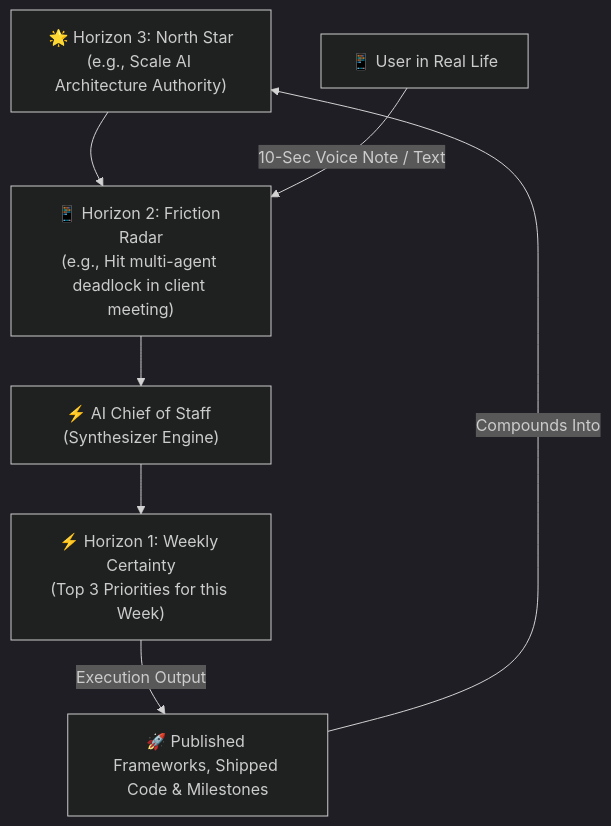
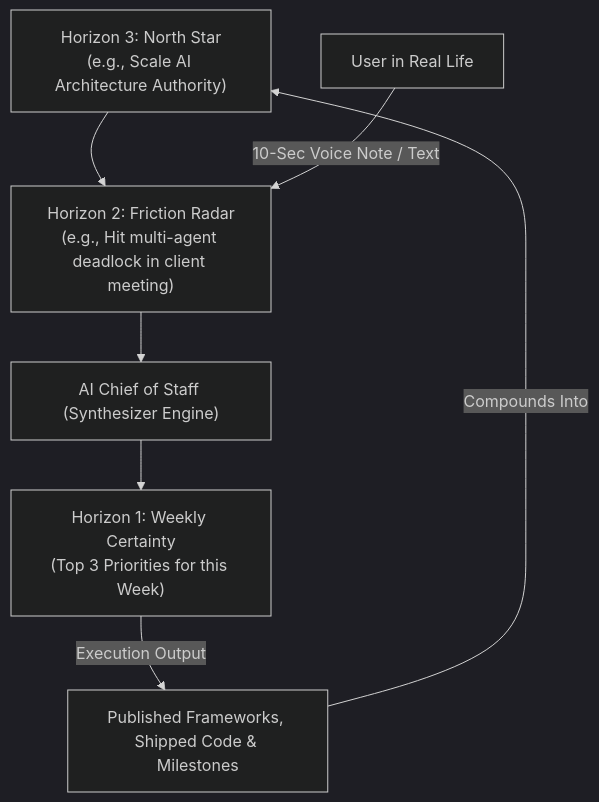
Before and after one commit to Monish-Nallagondalla/Nirixa: the diagram in docs/HORIZON_ENGINE.md, drawn with Mermaid (dark theme). The commit also changed other lines of this file and 40 other files, not shown here.

````diff
--- a/docs/HORIZON_ENGINE.md
+++ b/docs/HORIZON_ENGINE.md
@@ -43,9 +43,9 @@
 ```mermaid
 graph TD
-    H3["🌟 Horizon 3: North Star<br/>(e.g., Scale AI Architecture Authority)"] --> H2
-    User["📱 User in Real Life"] -->|"10-Sec Voice Note / Text"| H2["📱 Horizon 2: Friction Radar<br/>(e.g., Hit multi-agent deadlock in client meeting)"]
-    H2 --> AI["⚡ AI Chief of Staff (Synthesizer Engine)"]
-    AI --> H1["⚡ Horizon 1: Weekly Certainty<br/>(Top 3 Priorities for this Week)"]
-    H1 -->|"Execution Output"| Published["🚀 Published Frameworks, Shipped Code & Milestones"]
-    Published -->|"Compounds Into"| H3
+H3[" Horizon 3: North Star<br/>(e.g., Scale AI Architecture Authority)"] --> H2
+User[" User in Real Life"] -->|"10-Sec Voice Note / Text"| H2[" Horizon 2: Friction Radar<br/>(e.g., Hit multi-agent deadlock in client meeting)"]
+H2 --> AI[" AI Chief of Staff (Synthesizer Engine)"]
+AI --> H1[" Horizon 1: Weekly Certainty<br/>(Top 3 Priorities for this Week)"]
+H1 -->|"Execution Output"| Published[" Published Frameworks, Shipped Code & Milestones"]
+Published -->|"Compounds Into"| H3
 ```
````
